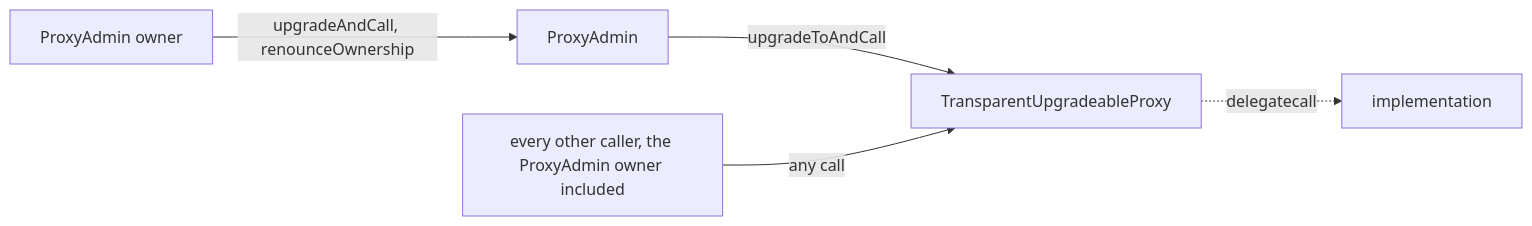
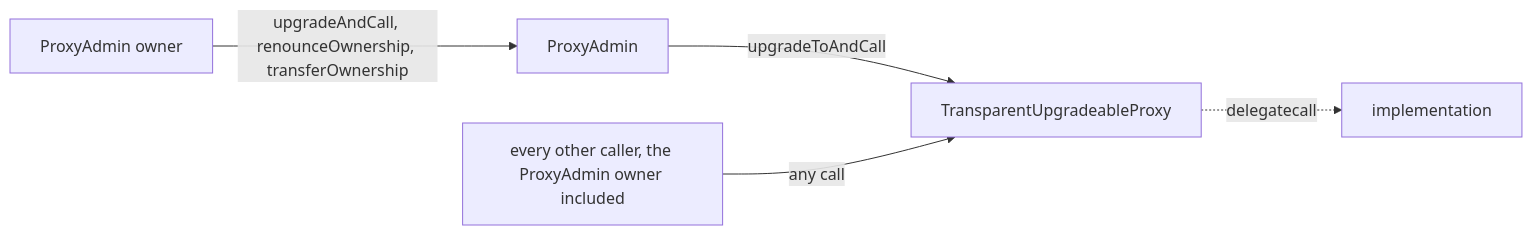
One commit to brenzi-agent/ens-contracts changed the diagram in docs/upgrades.md. Above: the diagram before and after it, drawn with Mermaid.

Commit message:
names-v2: add transferOwnership to the ProxyAdmin edge of the diagram

````diff
--- a/docs/upgrades.md
+++ b/docs/upgrades.md
@@ -36,7 +36,7 @@
 ```mermaid
 flowchart LR
-  Owner[ProxyAdmin owner] -->|upgradeAndCall, renounceOwnership| PA[ProxyAdmin]
+  Owner[ProxyAdmin owner] -->|upgradeAndCall, renounceOwnership, transferOwnership| PA[ProxyAdmin]
   PA -->|upgradeToAndCall| P[TransparentUpgradeableProxy]
   Caller[every other caller, the ProxyAdmin owner included] -->|any call| P
   P -.->|delegatecall| I[implementation]
 ```
````
